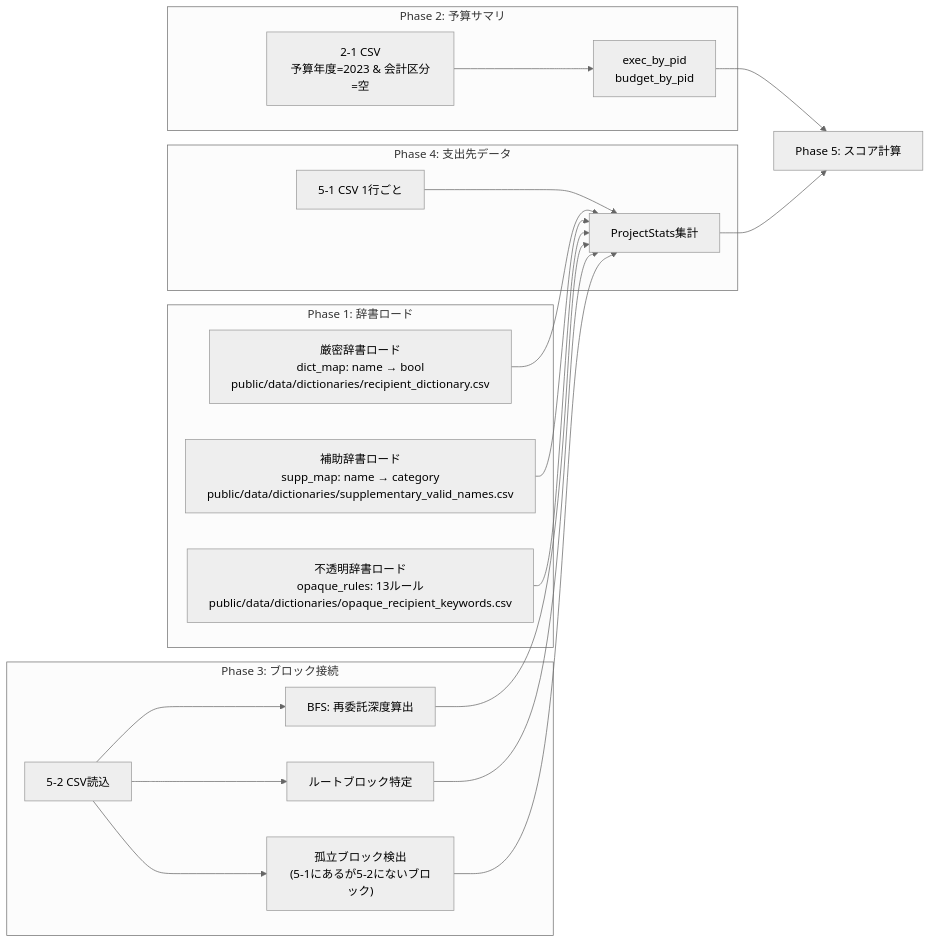
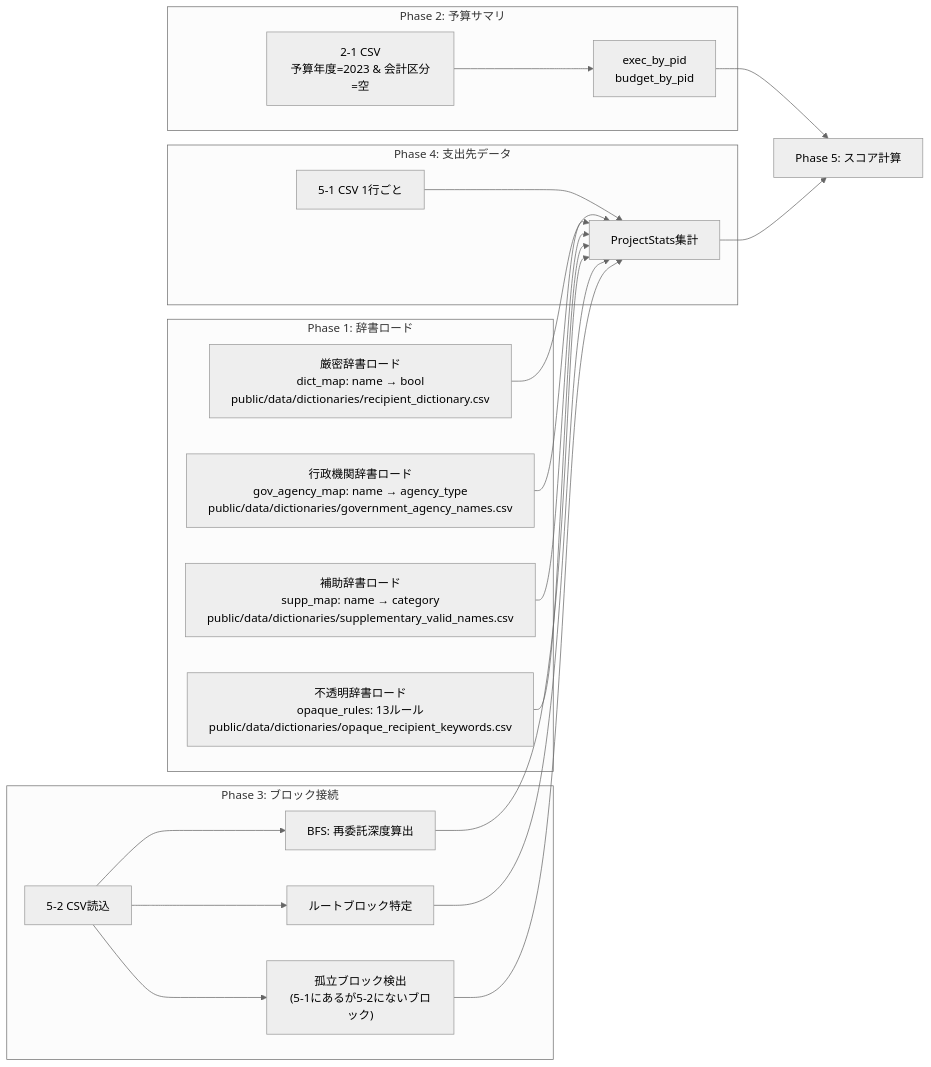
One commit to igomuni/marumie-rssystem changed the second of 11 diagrams in docs/quality-scoring-guide.md. Above: the diagram before and after it, drawn with Mermaid (neutral theme). The commit also changed other lines of this file and 10 other files, not shown here.

````diff
--- a/docs/quality-scoring-guide.md
+++ b/docs/quality-scoring-guide.md
@@ -48,33 +50,34 @@
 ```mermaid
 flowchart LR
     subgraph "Phase 1: 辞書ロード"
         D1["厳密辞書ロード<br/>dict_map: name → bool<br/>public/data/dictionaries/recipient_dictionary.csv"]
-        D2["補助辞書ロード<br/>supp_map: name → category<br/>public/data/dictionaries/supplementary_valid_names.csv"]
-        D3["不透明辞書ロード<br/>opaque_rules: 13ルール<br/>public/data/dictionaries/opaque_recipient_keywords.csv"]
+        D2["行政機関辞書ロード<br/>gov_agency_map: name → agency_type<br/>public/data/dictionaries/government_agency_names.csv"]
+        D3["補助辞書ロード<br/>supp_map: name → category<br/>public/data/dictionaries/supplementary_valid_names.csv"]
+        D4["不透明辞書ロード<br/>opaque_rules: 13ルール<br/>public/data/dictionaries/opaque_recipient_keywords.csv"]
     end
 
     subgraph "Phase 2: 予算サマリ"
         B1["2-1 CSV<br/>予算年度=2023 & 会計区分=空"]
         B2["exec_by_pid<br/>budget_by_pid"]
         B1 --> B2
     end
 
     subgraph "Phase 3: ブロック接続"
         BL1["5-2 CSV読込"]
         BL2["BFS: 再委託深度算出"]
         BL3["ルートブロック特定"]
         BL4["孤立ブロック検出<br/>(5-1にあるが5-2にないブロック)"]
         BL1 --> BL2 & BL3 & BL4
     end
 
     subgraph "Phase 4: 支出先データ"
         SP1["5-1 CSV 1行ごと"]
         SP2["ProjectStats集計"]
         SP1 --> SP2
     end
 
-    D1 & D2 & D3 --> SP2
+    D1 & D2 & D3 & D4 --> SP2
     B2 --> SC
     BL2 & BL3 & BL4 --> SP2
     SP2 --> SC["Phase 5: スコア計算"]
 ```
````
